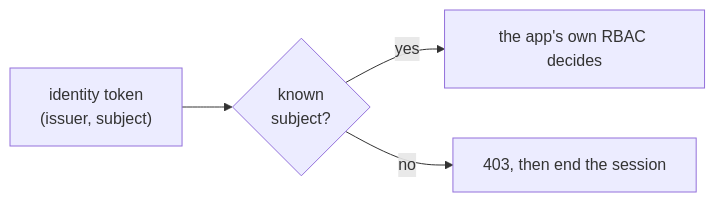
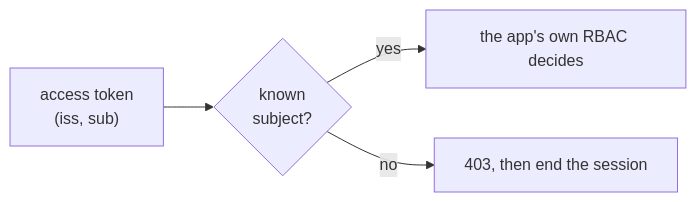
One commit to aurum-alpha/workflows changed the second of 6 diagrams in standards/060-auth.md. Above: the diagram before and after it, drawn with Mermaid. The commit also changed other lines of this file and 13 other files, not shown here.

````diff
--- a/standards/060-auth.md
+++ b/standards/060-auth.md
@@ -308,6 +313,6 @@
 ```mermaid
 flowchart LR
-    T["identity token<br/>(issuer, subject)"] --> L{"known<br/>subject?"}
+    T["access token<br/>(iss, sub)"] --> L{"known<br/>subject?"}
     L -->|yes| R["the app's own RBAC decides"]
     L -->|no| X["403, then end the session"]
 ```
````
